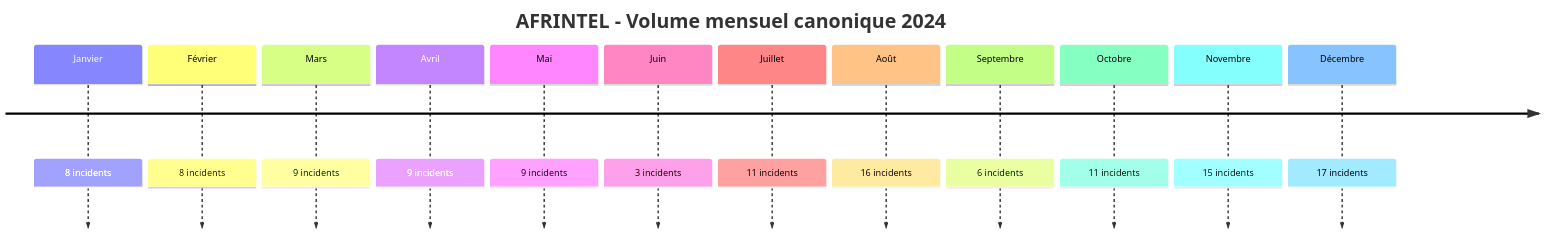
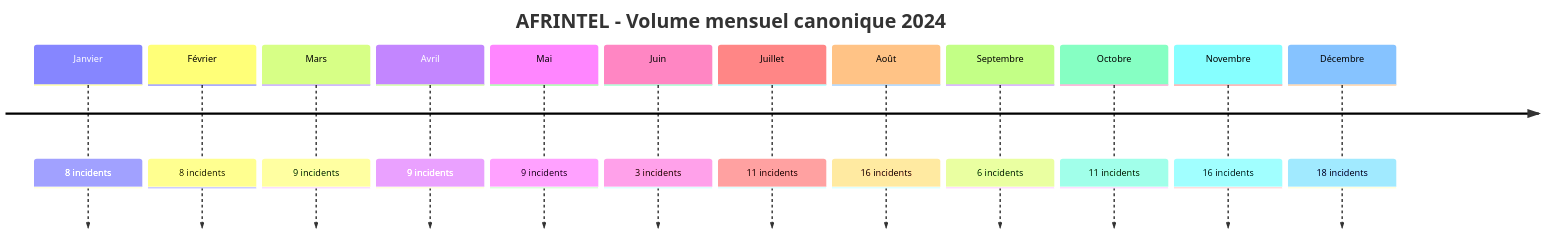
The first of 2 diagrams in CyberAttackAfrica/2024/README_FR.md (Hatchepsoute/AFRINTEL), drawn with Mermaid before and after one commit. The commit also changed other lines of this file and 401 other files, not shown here.

````diff
--- a/CyberAttackAfrica/2024/README_FR.md
+++ b/CyberAttackAfrica/2024/README_FR.md
@@ -56,16 +56,16 @@
 ```mermaid
 timeline
     title AFRINTEL - Volume mensuel canonique 2024
     Janvier : 8 incidents
     Février : 8 incidents
     Mars : 9 incidents
     Avril : 9 incidents
     Mai : 9 incidents
     Juin : 3 incidents
     Juillet : 11 incidents
     Août : 16 incidents
     Septembre : 6 incidents
     Octobre : 11 incidents
-    Novembre : 15 incidents
-    Décembre : 17 incidents
+    Novembre : 16 incidents
+    Décembre : 18 incidents
 ```
````
